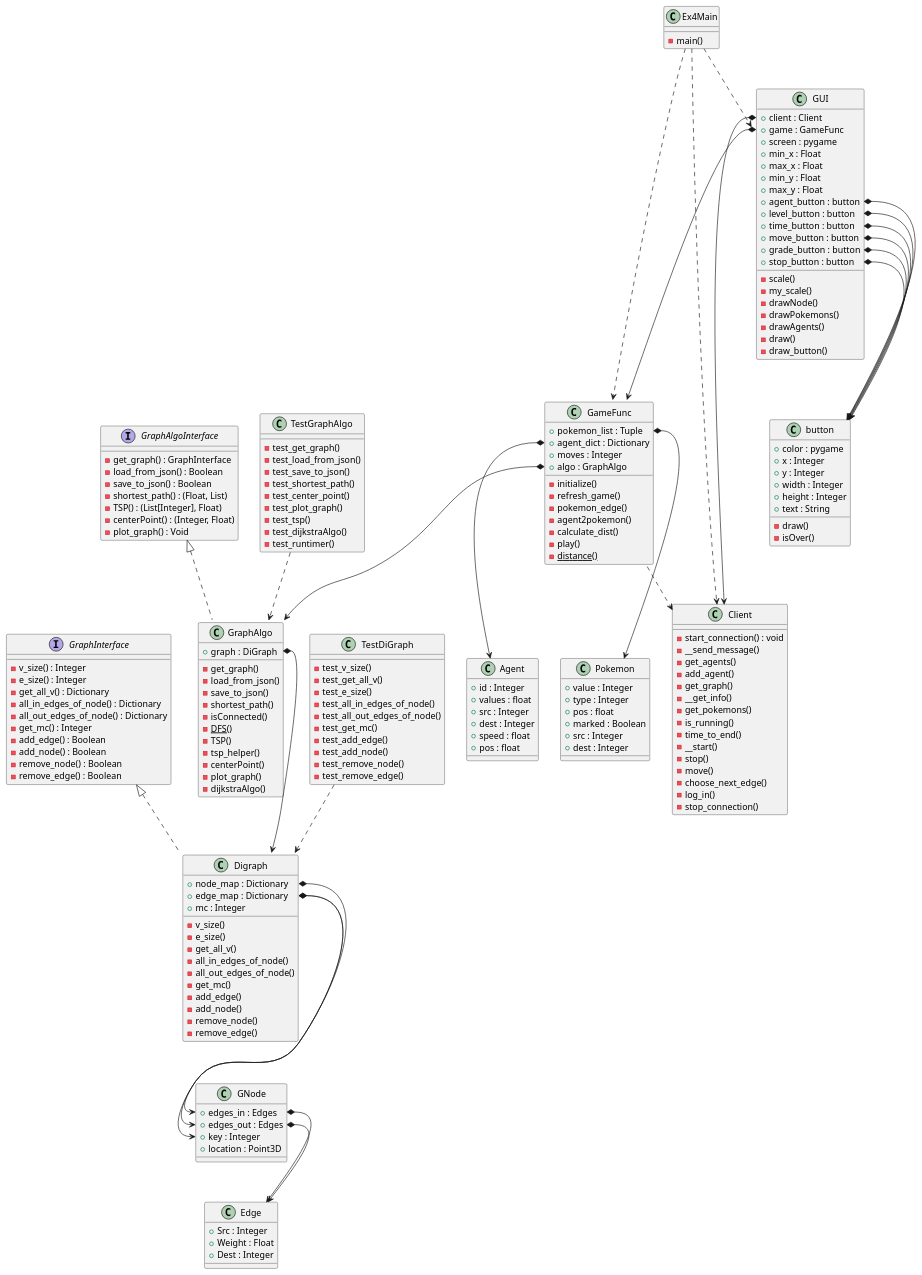
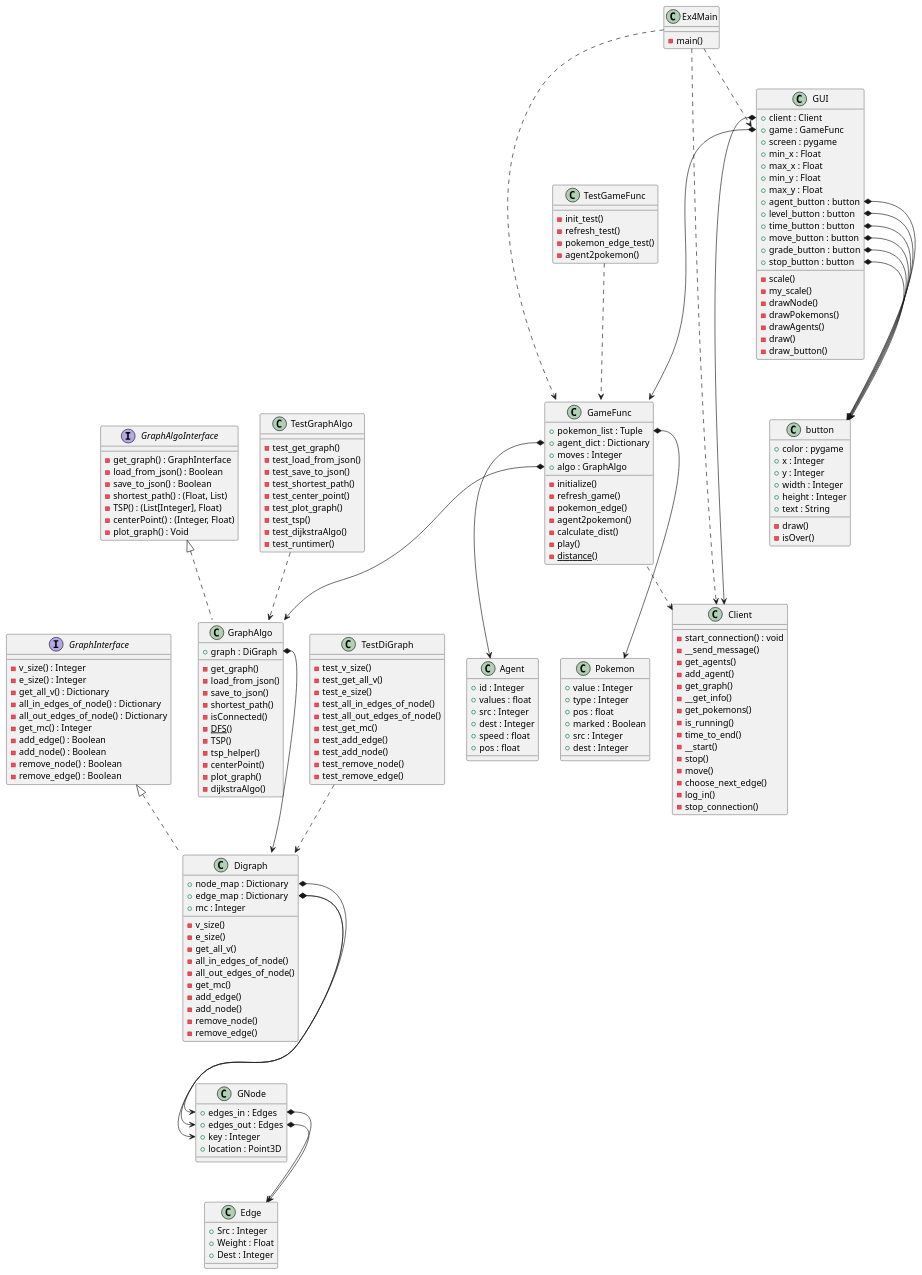
The diagram in src/Diagram.puml (LeeadJ/OOP_Ex4), drawn with PlantUML before and after one commit.

```diff
--- a/src/Diagram.puml
+++ b/src/Diagram.puml
@@ -99,6 +99,12 @@
 -test_add_node()
 -test_remove_node()
 -test_remove_edge()
+}
+class TestGameFunc{
+-init_test()
+-refresh_test()
+-pokemon_edge_test()
+-agent2pokemon()
 }
 
 class Agent{
@@ -212,6 +218,7 @@
 
 TestGraphAlgo ..> GraphAlgo
 TestDiGraph ..> Digraph
+TestGameFunc ..> GameFunc
 
 
 
```
